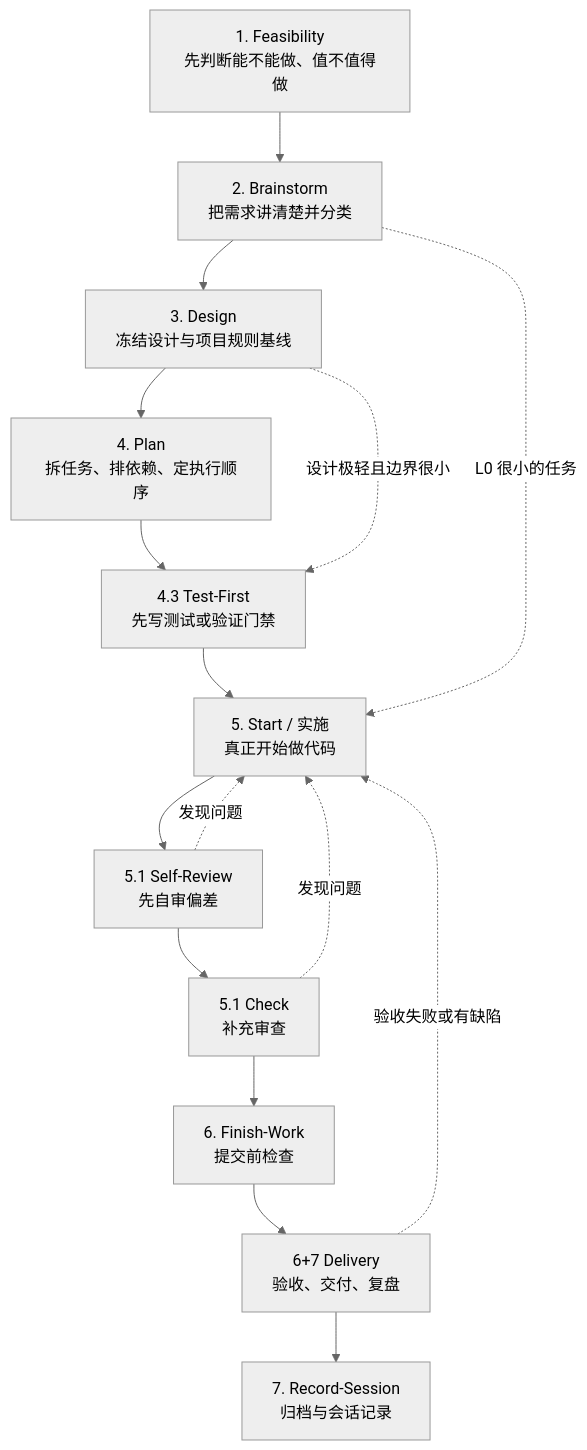
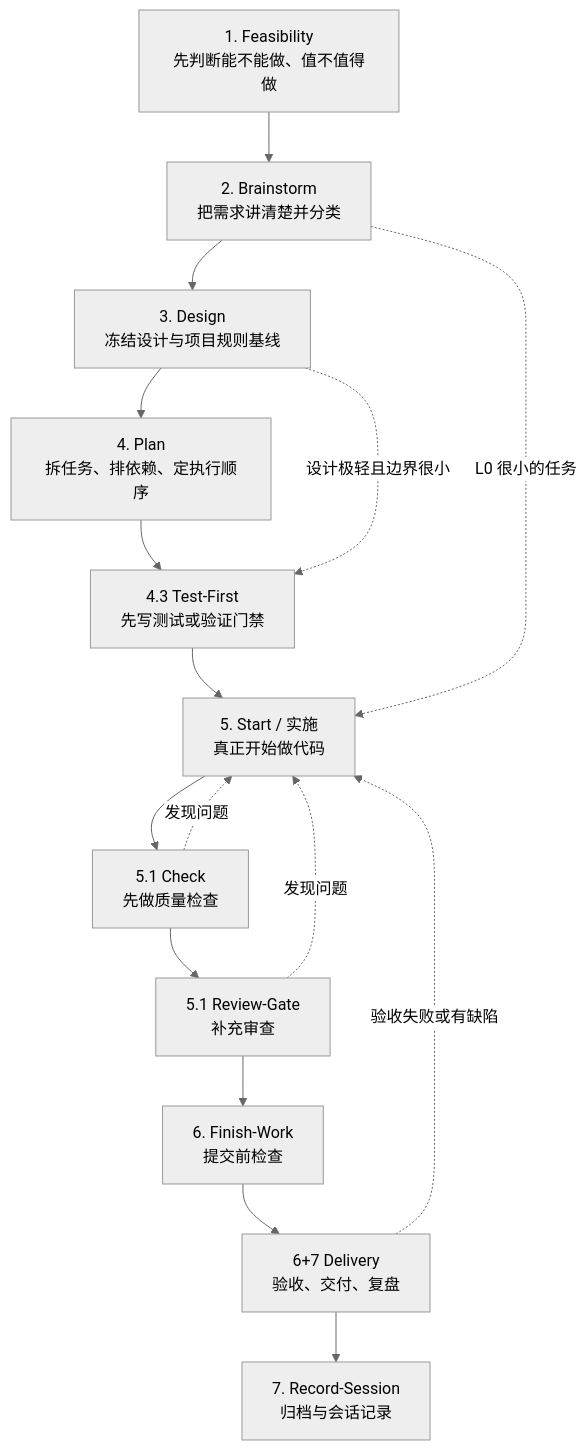
Before and after one commit to StarForAll/ai-coding-toolkit: the diagram in docs/workflows/新项目开发工作流/工作流全局流转说明（通俗版）.md, drawn with Mermaid (neutral theme). The commit also changed other lines of this file and 31 other files, not shown here.

````diff
--- a/docs/workflows/新项目开发工作流/工作流全局流转说明（通俗版）.md
+++ b/docs/workflows/新项目开发工作流/工作流全局流转说明（通俗版）.md
@@ -41,19 +41,19 @@
 ```mermaid
 flowchart TD
     A[1. Feasibility<br/>先判断能不能做、值不值得做] --> B[2. Brainstorm<br/>把需求讲清楚并分类]
     B --> C[3. Design<br/>冻结设计与项目规则基线]
     C --> D[4. Plan<br/>拆任务、排依赖、定执行顺序]
     D --> E[4.3 Test-First<br/>先写测试或验证门禁]
     E --> F[5. Start / 实施<br/>真正开始做代码]
-    F --> G[5.1 Self-Review<br/>先自审偏差]
-    G --> H[5.1 Check<br/>补充审查]
+    F --> G[5.1 Check<br/>先做质量检查]
+    G --> H[5.1 Review-Gate<br/>补充审查]
     H --> I[6. Finish-Work<br/>提交前检查]
     I --> J[6+7 Delivery<br/>验收、交付、复盘]
     J --> K[7. Record-Session<br/>归档与会话记录]
 
     B -. L0 很小的任务 .-> F
     C -. 设计极轻且边界很小 .-> E
     G -. 发现问题 .-> F
     H -. 发现问题 .-> F
     J -. 验收失败或有缺陷 .-> F
 ```
````
